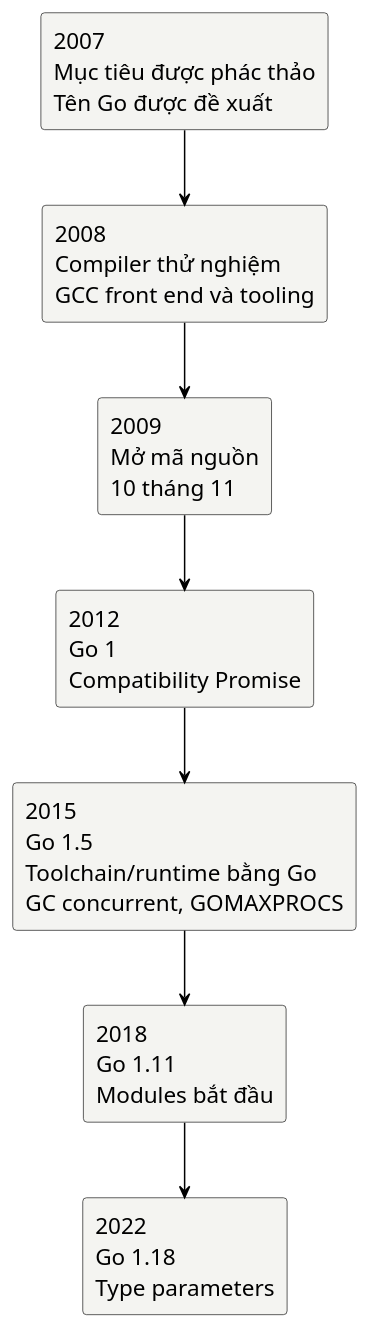
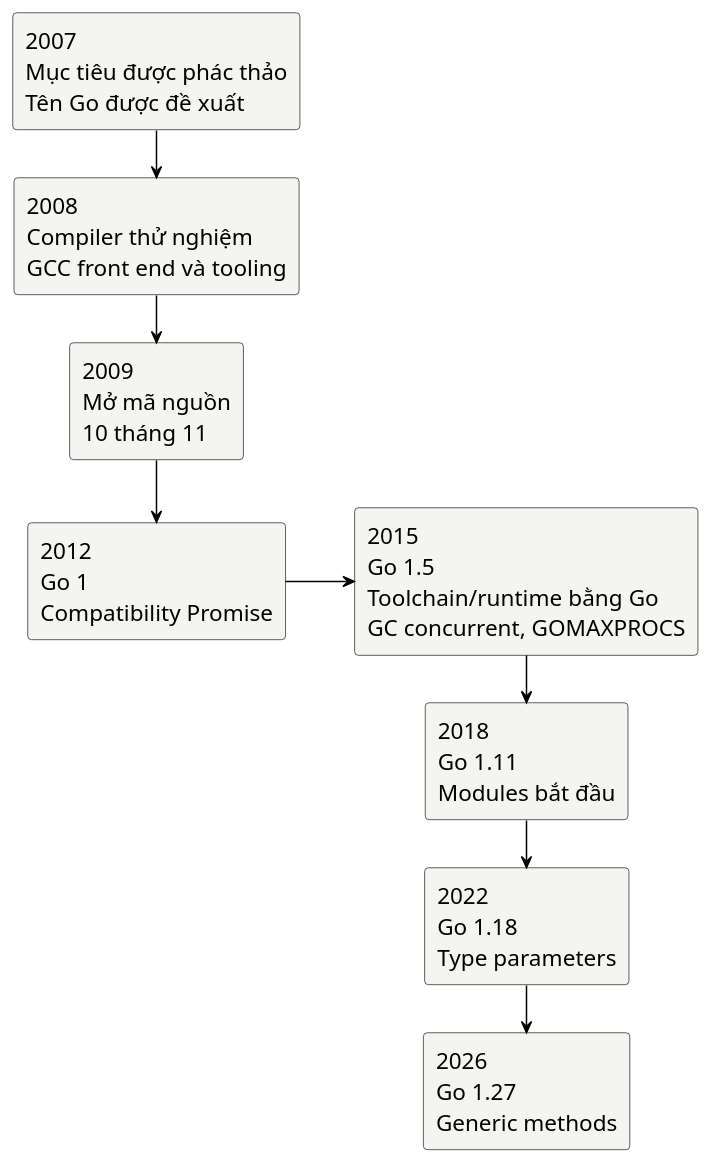
One commit to Minhlike/Golang changed the diagram in assets/diagrams/go-history-timeline.puml. Above: the diagram before and after it, drawn with PlantUML. The commit also changed 23 other files, not shown here.

```diff
--- a/assets/diagrams/go-history-timeline.puml
+++ b/assets/diagrams/go-history-timeline.puml
@@ -1,31 +1,35 @@
 @startuml
 skinparam backgroundColor white
 skinparam shadowing false
 skinparam defaultFontName "Source Sans 3"
 skinparam defaultFontSize 18
 skinparam defaultFontColor #000000
 skinparam rectangle {
   BackgroundColor #F4F4F1
   BorderColor #000000
   FontColor #000000
   RoundCorner 6
 }
 skinparam arrowColor #000000
 skinparam ArrowThickness 1.2
+skinparam nodesep 55
+skinparam ranksep 38
 top to bottom direction
 
 rectangle "2007\nMục tiêu được phác thảo\nTên Go được đề xuất" as y2007
 rectangle "2008\nCompiler thử nghiệm\nGCC front end và tooling" as y2008
 rectangle "2009\nMở mã nguồn\n10 tháng 11" as y2009
 rectangle "2012\nGo 1\nCompatibility Promise" as y2012
 rectangle "2015\nGo 1.5\nToolchain/runtime bằng Go\nGC concurrent, GOMAXPROCS" as y2015
 rectangle "2018\nGo 1.11\nModules bắt đầu" as y2018
 rectangle "2022\nGo 1.18\nType parameters" as y2022
+rectangle "2026\nGo 1.27\nGeneric methods" as y2026
 
 y2007 --> y2008
 y2008 --> y2009
 y2009 --> y2012
-y2012 --> y2015
+y2012 -right-> y2015
 y2015 --> y2018
 y2018 --> y2022
+y2022 --> y2026
 @enduml
```
